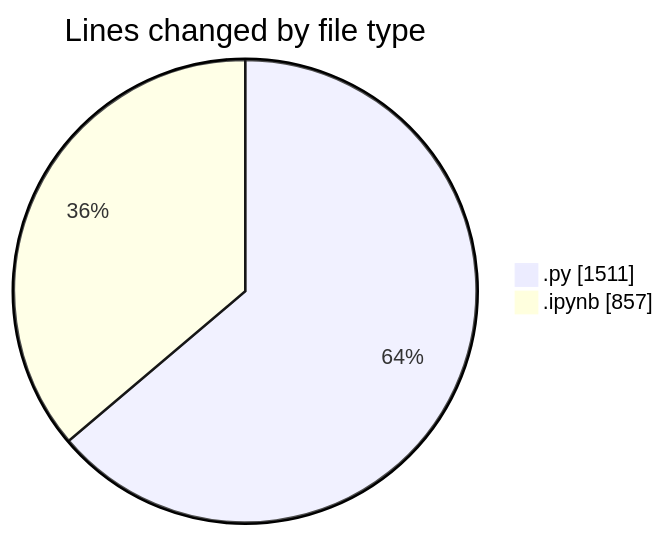
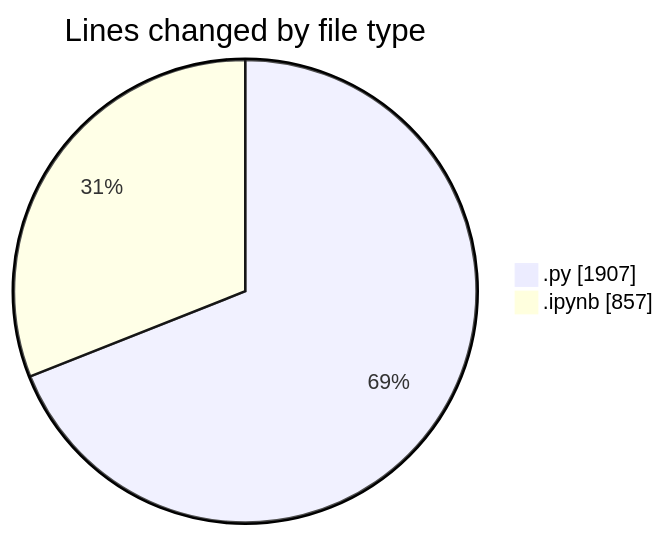
Before and after one commit to MatusMokan/code-tracking: the first of 2 diagrams in 2025-11-15/untitled__workspace_/README.md, drawn with Mermaid. The commit also changed other lines of this file and 1 other file, not shown here.

````diff
--- a/2025-11-15/untitled__workspace_/README.md
+++ b/2025-11-15/untitled__workspace_/README.md
@@ -26,6 +27,6 @@
 ```mermaid
 pie showData
 title Lines changed by file type
-".py" : 1511
+".py" : 1907
 ".ipynb" : 857
 ```
````
